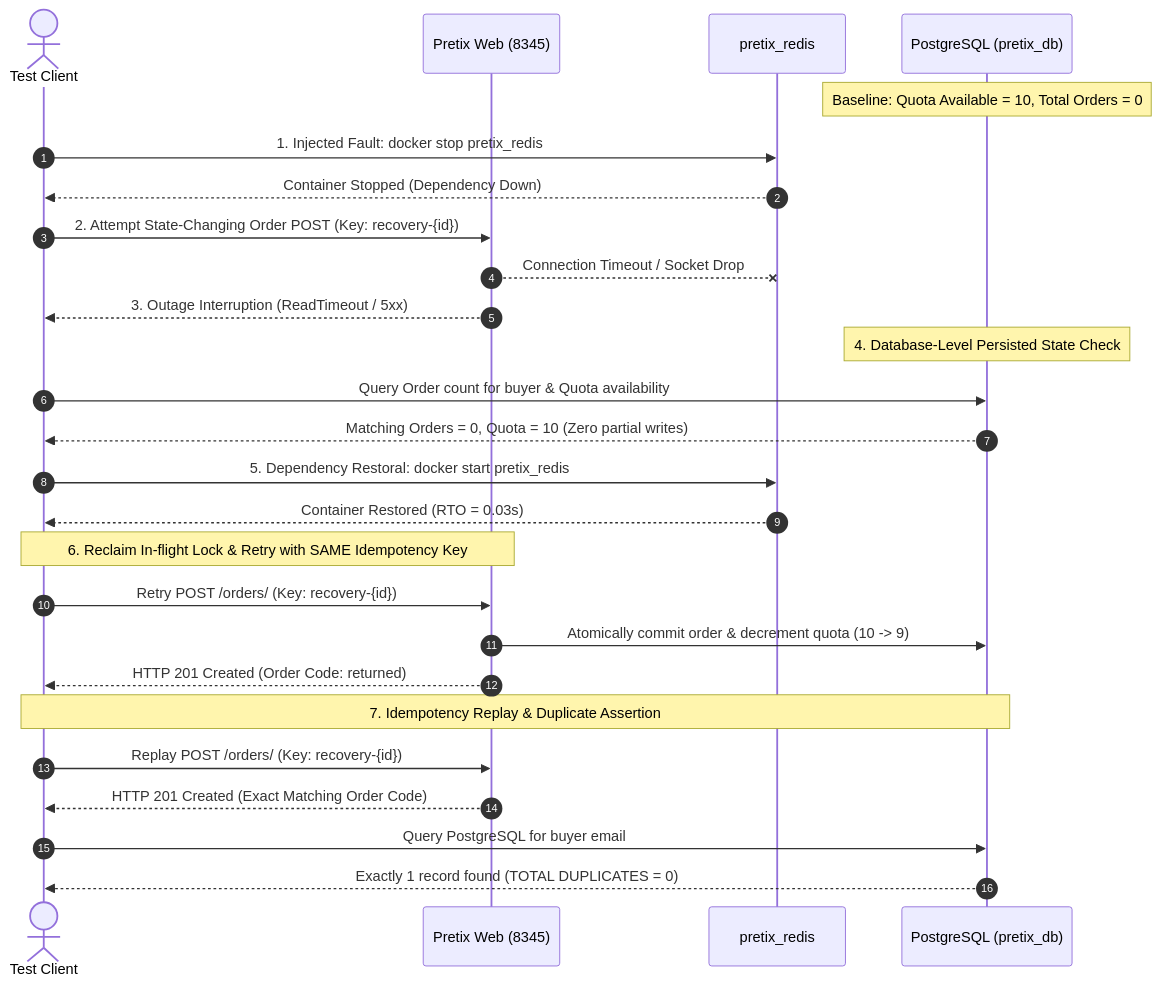
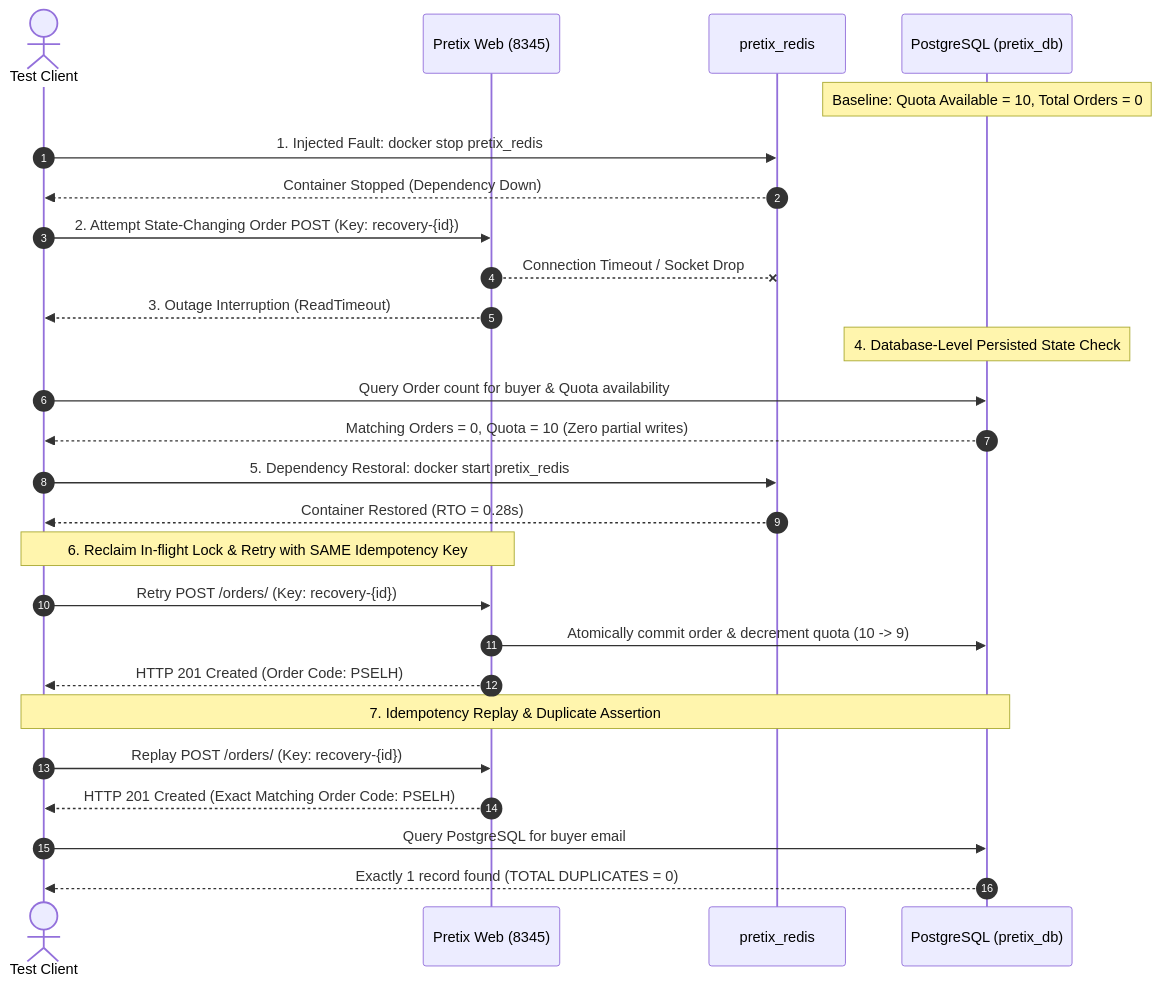
Before and after one commit to sohaibAkhlaq/sqe_pretix_project: the second of 2 diagrams in docs/performance-recovery.md, drawn with Mermaid. The commit also changed other lines of this file and 35 other files, not shown here.

Commit message:
feat(api,perf,defects): expand 7-point BVA, OpenAPI status/401, k6 perf sync, and GitHub issue schema (Area 2 - Hasaam)

````diff
--- a/docs/performance-recovery.md
+++ b/docs/performance-recovery.md
@@ -107,34 +107,34 @@
 ```mermaid
 sequenceDiagram
     autonumber
     actor Client as Test Client
     participant Web as Pretix Web (8345)
     participant Redis as pretix_redis
     participant DB as PostgreSQL (pretix_db)
 
     Note over DB: Baseline: Quota Available = 10, Total Orders = 0
     Client->>Redis: 1. Injected Fault: docker stop pretix_redis
     Redis-->>Client: Container Stopped (Dependency Down)
 
     Client->>Web: 2. Attempt State-Changing Order POST (Key: recovery-{id})
     Web--xRedis: Connection Timeout / Socket Drop
-    Web-->>Client: 3. Outage Interruption (ReadTimeout / 5xx)
+    Web-->>Client: 3. Outage Interruption (ReadTimeout)
 
     Note over DB: 4. Database-Level Persisted State Check
     Client->>DB: Query Order count for buyer & Quota availability
     DB-->>Client: Matching Orders = 0, Quota = 10 (Zero partial writes)
 
     Client->>Redis: 5. Dependency Restoral: docker start pretix_redis
-    Redis-->>Client: Container Restored (RTO = 0.03s)
+    Redis-->>Client: Container Restored (RTO = 0.28s)
 
     Note over Client,Web: 6. Reclaim In-flight Lock & Retry with SAME Idempotency Key
     Client->>Web: Retry POST /orders/ (Key: recovery-{id})
     Web->>DB: Atomically commit order & decrement quota (10 -> 9)
-    Web-->>Client: HTTP 201 Created (Order Code: returned)
+    Web-->>Client: HTTP 201 Created (Order Code: PSELH)
 
     Note over Client,DB: 7. Idempotency Replay & Duplicate Assertion
     Client->>Web: Replay POST /orders/ (Key: recovery-{id})
-    Web-->>Client: HTTP 201 Created (Exact Matching Order Code)
+    Web-->>Client: HTTP 201 Created (Exact Matching Order Code: PSELH)
     Client->>DB: Query PostgreSQL for buyer email
     DB-->>Client: Exactly 1 record found (TOTAL DUPLICATES = 0)
 ```
````
